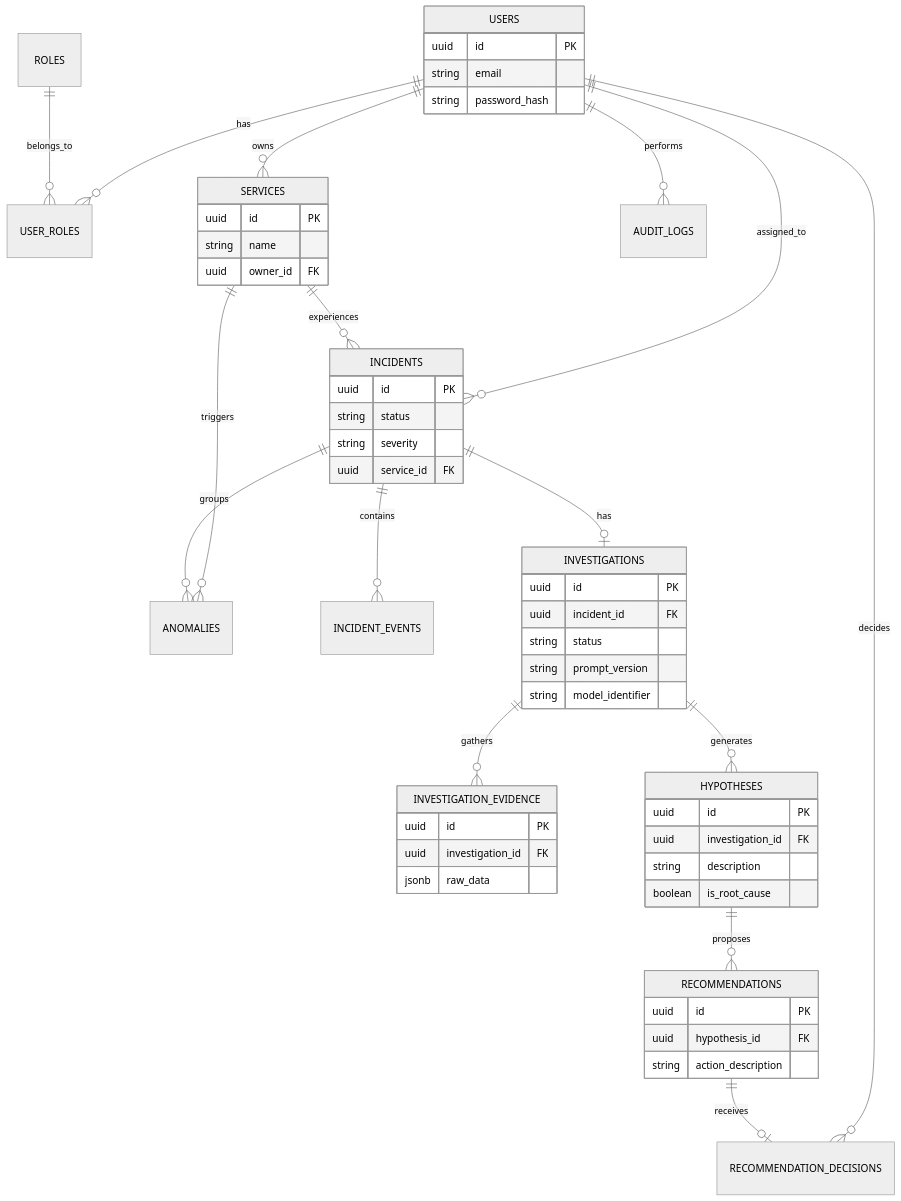
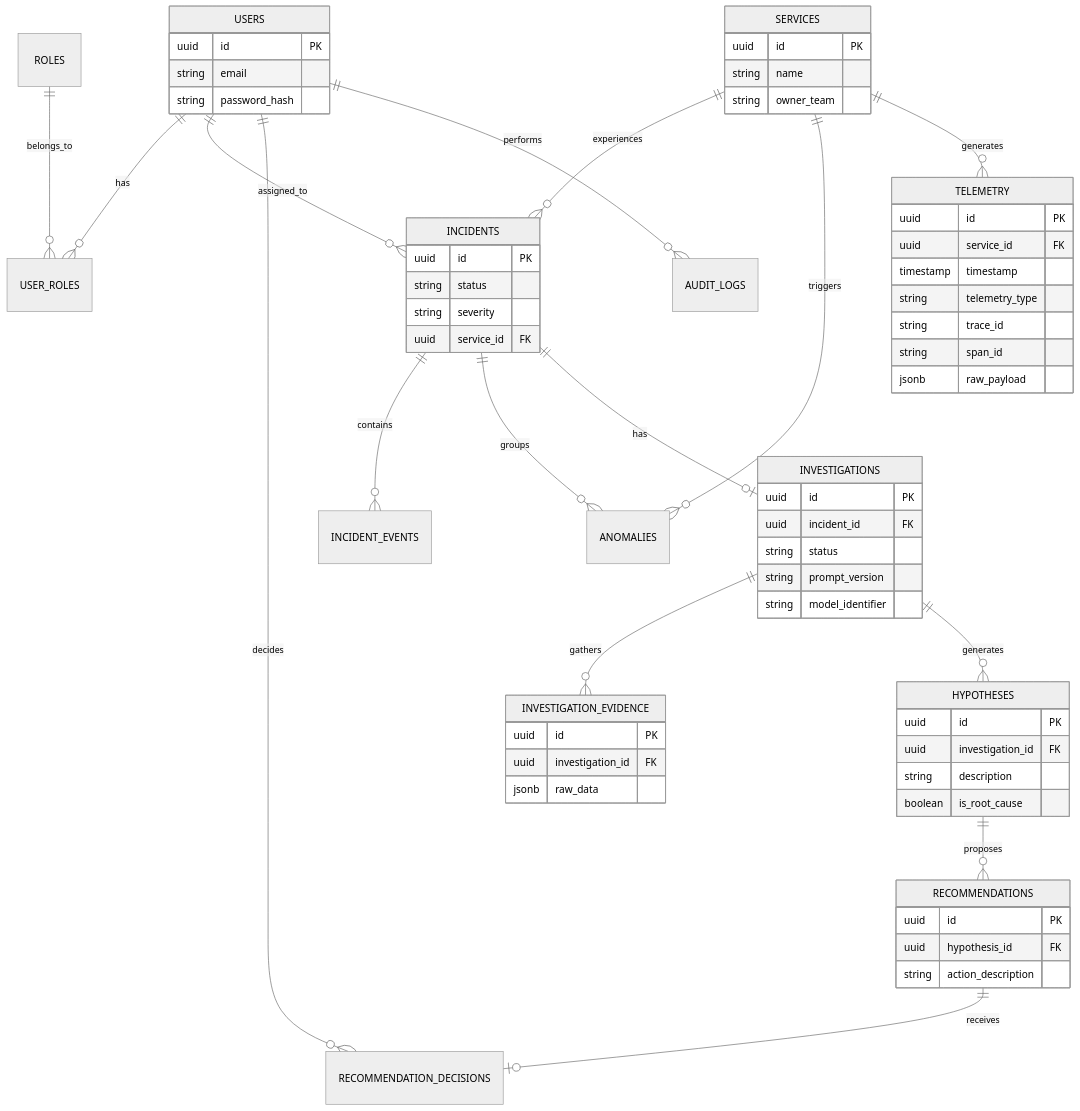
The diagram in docs/architecture/DATABASE_ERD.md (b27252398-beep/SentinelAI), drawn with Mermaid (neutral theme) before and after one commit. The commit also changed 5 other files, not shown here.

Commit message:
docs: finalize service and telemetry architecture

````diff
--- a/docs/architecture/DATABASE_ERD.md
+++ b/docs/architecture/DATABASE_ERD.md
@@ -3,62 +3,71 @@
 ```mermaid
 erDiagram
     USERS ||--o{ USER_ROLES : has
     ROLES ||--o{ USER_ROLES : belongs_to
-    USERS ||--o{ SERVICES : owns
     USERS ||--o{ INCIDENTS : assigned_to
     USERS ||--o{ RECOMMENDATION_DECISIONS : decides
     USERS ||--o{ AUDIT_LOGS : performs
     
     SERVICES ||--o{ INCIDENTS : experiences
     SERVICES ||--o{ ANOMALIES : triggers
+    SERVICES ||--o{ TELEMETRY : generates
     
     INCIDENTS ||--o{ INCIDENT_EVENTS : contains
     INCIDENTS ||--o{ ANOMALIES : groups
     INCIDENTS ||--o| INVESTIGATIONS : has
     
     INVESTIGATIONS ||--o{ INVESTIGATION_EVIDENCE : gathers
     INVESTIGATIONS ||--o{ HYPOTHESES : generates
     
     HYPOTHESES ||--o{ RECOMMENDATIONS : proposes
     RECOMMENDATIONS ||--o| RECOMMENDATION_DECISIONS : receives
 
     USERS {
         uuid id PK
         string email
         string password_hash
     }
     SERVICES {
         uuid id PK
         string name
-        uuid owner_id FK
+        string owner_team
+    }
+    TELEMETRY {
+        uuid id PK
+        uuid service_id FK
+        timestamp timestamp
+        string telemetry_type
+        string trace_id
+        string span_id
+        jsonb raw_payload
     }
     INCIDENTS {
         uuid id PK
         string status
         string severity
         uuid service_id FK
     }
     INVESTIGATIONS {
         uuid id PK
         uuid incident_id FK
         string status
         string prompt_version
         string model_identifier
     }
     INVESTIGATION_EVIDENCE {
         uuid id PK
         uuid investigation_id FK
         jsonb raw_data
     }
     HYPOTHESES {
         uuid id PK
         uuid investigation_id FK
         string description
         boolean is_root_cause
     }
     RECOMMENDATIONS {
         uuid id PK
         uuid hypothesis_id FK
         string action_description
     }
 ```
````
